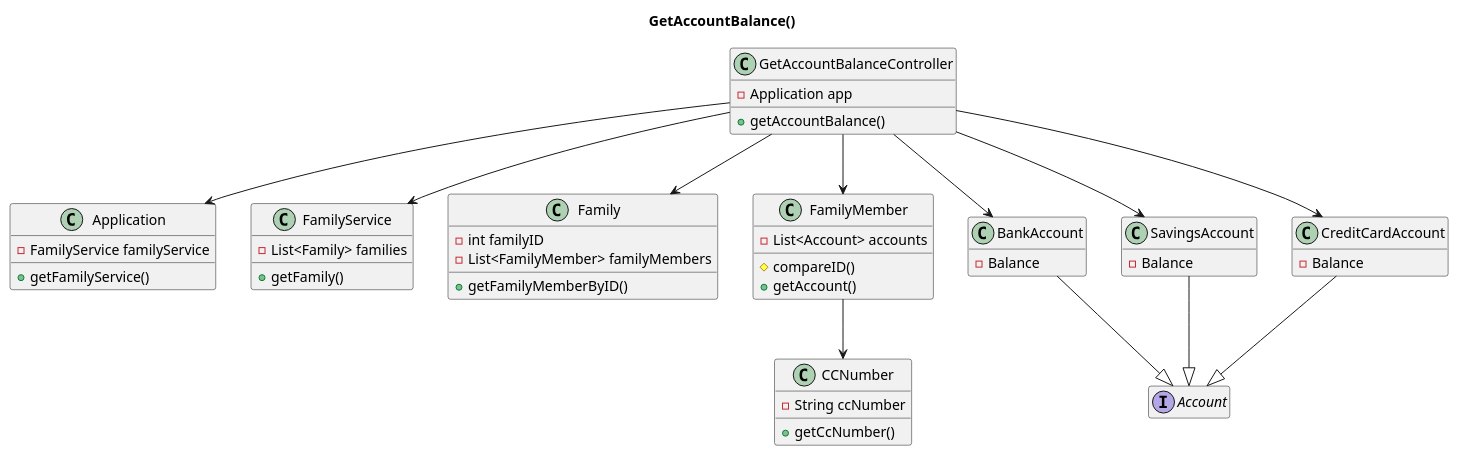
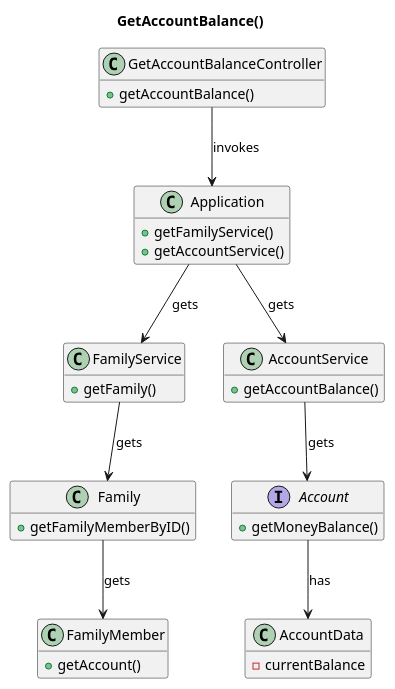
The third of 3 diagrams in docs/sprint2/user_stories/US185_GetAccountBalance.md (tomas-osswald/switch_2020_g3), drawn with PlantUML before and after one commit. The commit also changed other lines of this file and 3 other files, not shown here.

Commit message:
changes to GetAccountBalance controller and AccountService - Controller doens't require the account itself - and changes to doc for US185

````diff
--- a/docs/sprint2/user_stories/US185_GetAccountBalance.md
+++ b/docs/sprint2/user_stories/US185_GetAccountBalance.md
@@ -159,68 +164,52 @@
 ```puml
 @startuml
+
 
 title GetAccountBalance()
 hide empty members
 
 class GetAccountBalanceController {
-  - Application app
   + getAccountBalance()
 }
 
 class Application {
-  - FamilyService familyService
   + getFamilyService()
+  + getAccountService()
 }
 
 class FamilyService {
-  - List<Family> families
   + getFamily()
 }
 
 class Family {
-  - int familyID
-  - List<FamilyMember> familyMembers
   + getFamilyMemberByID()  
 }
 
 class FamilyMember {
-  - List<Account> accounts
-  # compareID()
   + getAccount()
-  
 }
 
-class CCNumber {
-  - String ccNumber
-  + getCcNumber()
+class AccountService {
+  + getAccountBalance()
 }
 
-class BankAccount {
-  - Balance
-}
-class SavingsAccount {
-  - Balance
-}
-class CreditCardAccount {
-  - Balance
+class AccountData{
+  - currentBalance
 }
 
 interface Account{
+  + getMoneyBalance()
 }
 
-GetAccountBalanceController --> Application
-GetAccountBalanceController --> FamilyService
-GetAccountBalanceController --> Family
-GetAccountBalanceController --> FamilyMember
-GetAccountBalanceController --> BankAccount
-GetAccountBalanceController --> SavingsAccount
-GetAccountBalanceController --> CreditCardAccount
-FamilyMember --> CCNumber
-BankAccount --|> Account
-SavingsAccount --|> Account
-CreditCardAccount --|> Account
+GetAccountBalanceController --> Application: invokes
+Application --> FamilyService: gets
+FamilyService --> Family: gets
+Family --> FamilyMember: gets
+Application --> AccountService: gets
+AccountService --> Account: gets
+Account --> AccountData: has
 
 
 
 @enduml
 ```
````
